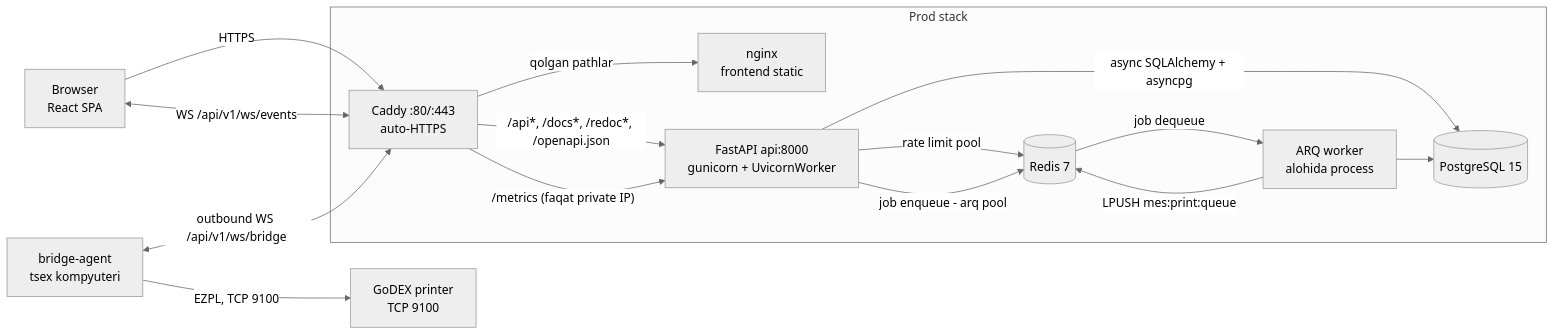
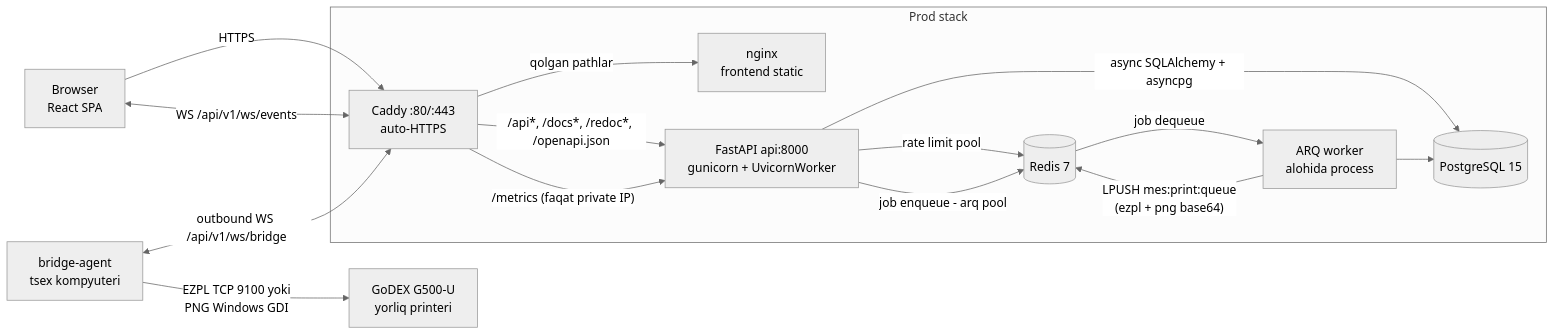
Before and after one commit to jasper2233/mebelix-eko-tizim: the diagram in docs/01-architecture.md, drawn with Mermaid (neutral theme). The commit also changed other lines of this file and 10 other files, not shown here.

````diff
--- a/docs/01-architecture.md
+++ b/docs/01-architecture.md
@@ -78,29 +80,29 @@
 ```mermaid
 flowchart LR
     B[Browser<br/>React SPA]
     G[bridge-agent<br/>tsex kompyuteri]
-    PR[GoDEX printer<br/>TCP 9100]
+    PR[GoDEX G500-U<br/>yorliq printeri]
 
     subgraph Prod stack
         C[Caddy :80/:443<br/>auto-HTTPS]
         N[nginx<br/>frontend static]
         A[FastAPI api:8000<br/>gunicorn + UvicornWorker]
         W[ARQ worker<br/>alohida process]
         P[(PostgreSQL 15)]
         R[(Redis 7)]
     end
 
     B -->|HTTPS| C
     B <-->|"WS /api/v1/ws/events"| C
     G <-->|"outbound WS /api/v1/ws/bridge"| C
-    G -->|"EZPL, TCP 9100"| PR
+    G -->|"EZPL TCP 9100 yoki<br/>PNG Windows GDI"| PR
     C -->|"/api*, /docs*, /redoc*, /openapi.json"| A
     C -->|"/metrics (faqat private IP)"| A
     C -->|qolgan pathlar| N
     A -->|async SQLAlchemy + asyncpg| P
     A -->|rate limit pool| R
     A -->|job enqueue - arq pool| R
     R -->|job dequeue| W
-    W -->|"LPUSH mes:print:queue"| R
+    W -->|"LPUSH mes:print:queue<br/>(ezpl + png base64)"| R
     W --> P
 ```
````
